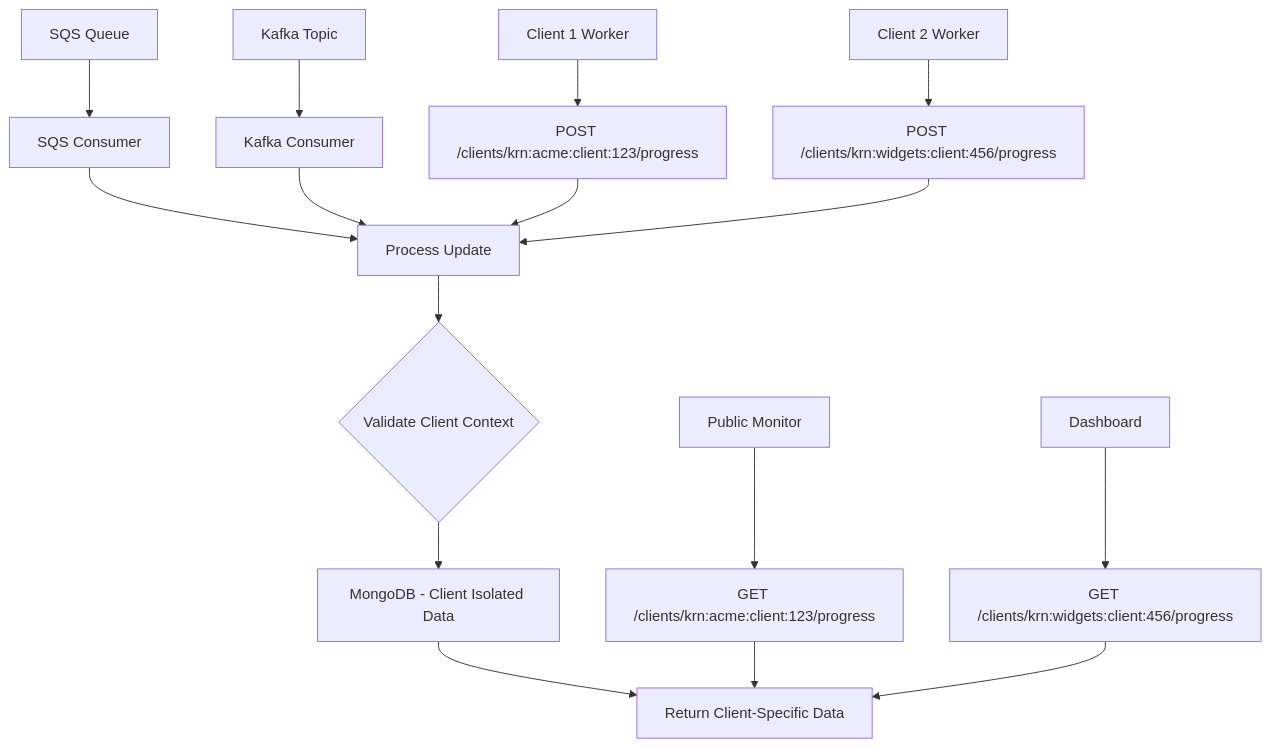
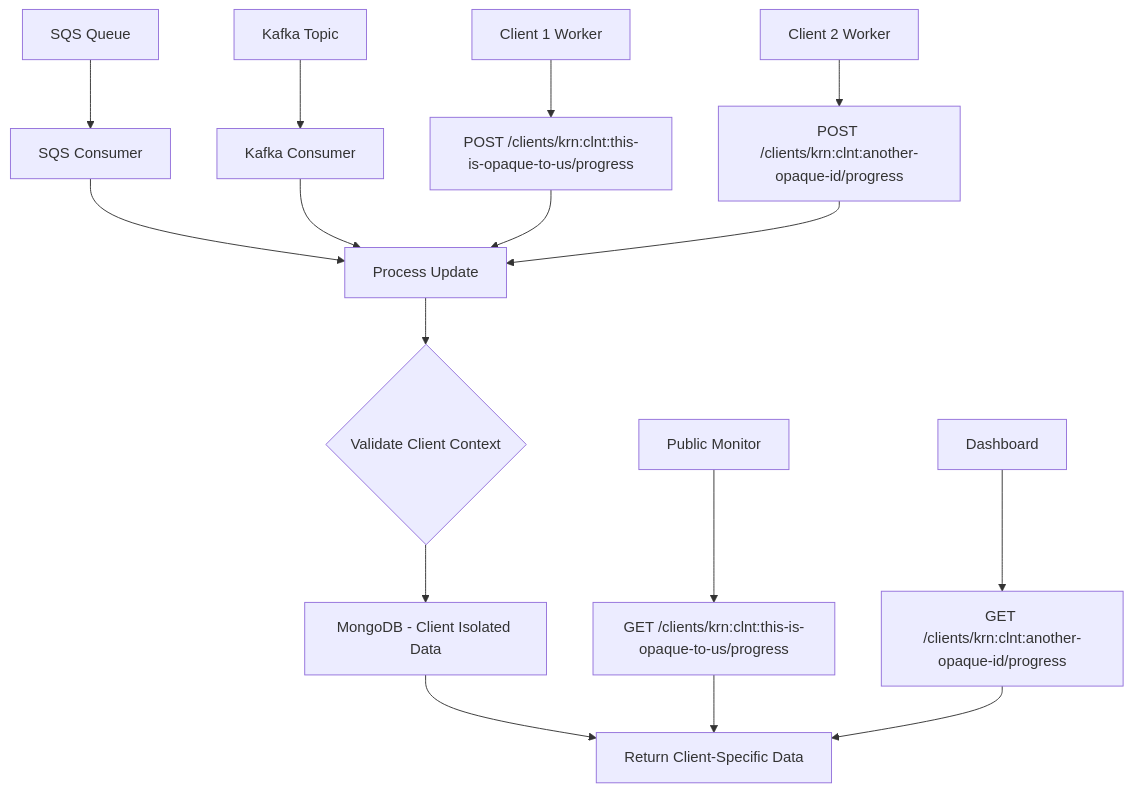
Before and after one commit to pirkus/pebbles: the first of 10 diagrams in use-cases.md, drawn with Mermaid. The commit also changed other lines of this file and 4 other files, not shown here.

Commit message:
Refactor client KRN to be opaque and generic across documentation

````diff
--- a/use-cases.md
+++ b/use-cases.md
@@ -16,22 +16,22 @@
 ```mermaid
 graph TD
-    A[Client 1 Worker] --> B[POST /clients/krn:acme:client:123/progress]
-    C[Client 2 Worker] --> D[POST /clients/krn:widgets:client:456/progress]
+    A[Client 1 Worker] --> B[POST /clients/krn:clnt:this-is-opaque-to-us/progress]
+    C[Client 2 Worker] --> D[POST /clients/krn:clnt:another-opaque-id/progress]
     E[SQS Queue] --> F[SQS Consumer]
     G[Kafka Topic] --> H[Kafka Consumer]
     
     F --> I[Process Update]
     H --> I
     B --> I
     D --> I
     
     I --> J{Validate Client Context}
     J --> K[MongoDB - Client Isolated Data]
     
-    L[Public Monitor] --> M[GET /clients/krn:acme:client:123/progress]
-    N[Dashboard] --> O[GET /clients/krn:widgets:client:456/progress]
+    L[Public Monitor] --> M[GET /clients/krn:clnt:this-is-opaque-to-us/progress]
+    N[Dashboard] --> O[GET /clients/krn:clnt:another-opaque-id/progress]
     
     K --> P[Return Client-Specific Data]
     M --> P
     O --> P
 ```
````
